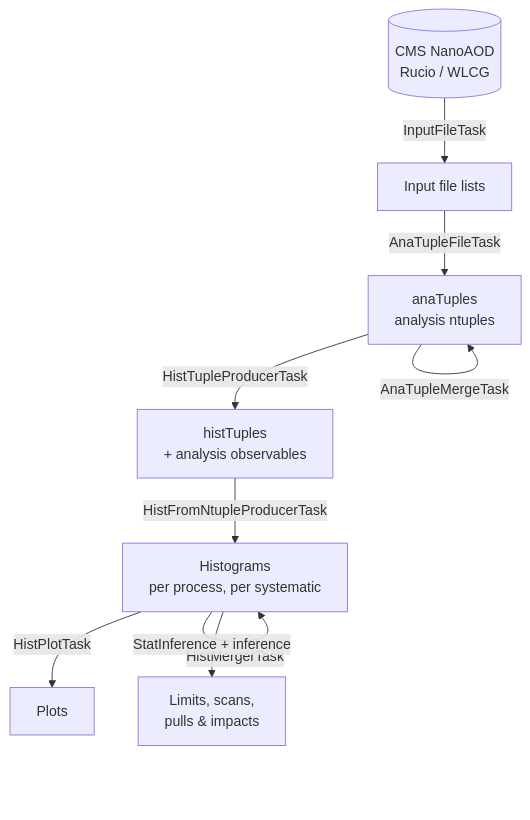
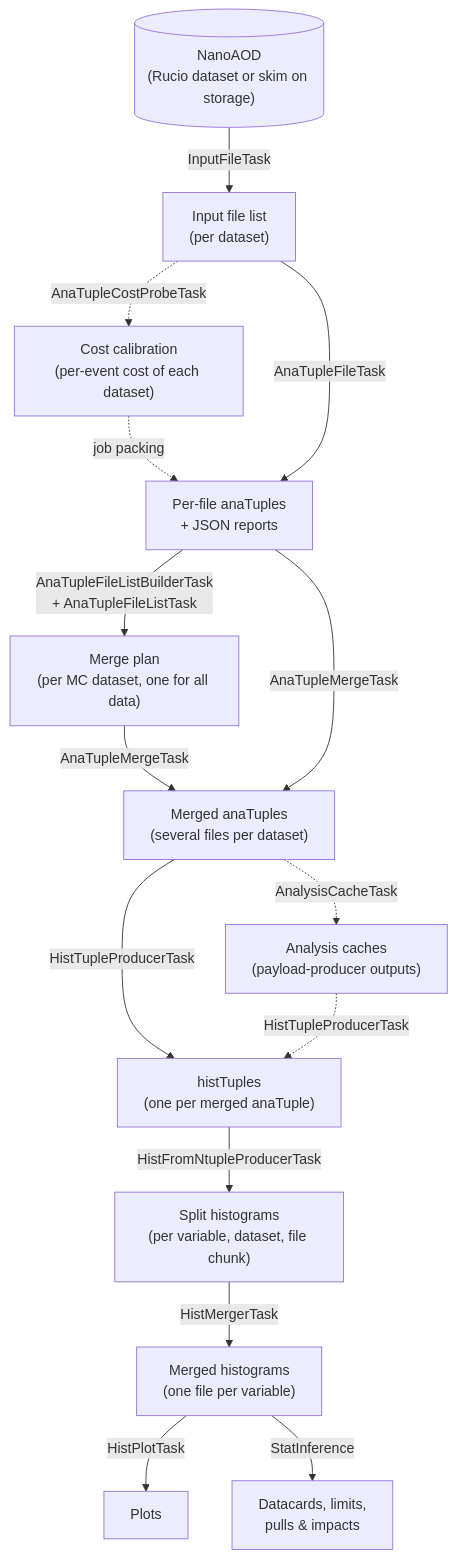
One commit to cms-flaf/FLAF changed the diagram in docs/concepts/data-flow.md. Above: the diagram before and after it, drawn with Mermaid. The commit also changed other lines of this file and 29 other files, not shown here.

Commit message:
Fix the C++ formatting check and bring the docs in line with the code, with legible and new mermaid diagrams (#327)

````diff
--- a/docs/concepts/data-flow.md
+++ b/docs/concepts/data-flow.md
@@ -9,19 +13,30 @@
 ```mermaid
 flowchart TD
-    NANO[(CMS NanoAOD<br/>Rucio / WLCG)]
-    LIST[Input file lists]
-    ANA[anaTuples<br/>analysis ntuples]
-    HTUP[histTuples<br/>+ analysis observables]
-    HIST[Histograms<br/>per process, per systematic]
+    NANO[("NanoAOD<br/>(Rucio dataset or skim on storage)")]
+    LIST["Input file list<br/>(per dataset)"]
+    COST["Cost calibration<br/>(per-event cost of each dataset)"]
+    SPLIT["Per-file anaTuples<br/>+ JSON reports"]
+    PLAN["Merge plan<br/>(per MC dataset, one for all data)"]
+    ANA["Merged anaTuples<br/>(several files per dataset)"]
+    CACHE["Analysis caches<br/>(payload-producer outputs)"]
+    HTUP["histTuples<br/>(one per merged anaTuple)"]
+    HSPLIT["Split histograms<br/>(per variable, dataset, file chunk)"]
+    HIST["Merged histograms<br/>(one file per variable)"]
     PLOT[Plots]
-    STAT[Limits, scans,<br/>pulls & impacts]
+    STAT["Datacards, limits,<br/>pulls & impacts"]
 
     NANO -->|InputFileTask| LIST
-    LIST -->|AnaTupleFileTask| ANA
-    ANA -->|AnaTupleMergeTask| ANA
+    LIST -.->|AnaTupleCostProbeTask| COST
+    COST -.->|job packing| SPLIT
+    LIST -->|AnaTupleFileTask| SPLIT
+    SPLIT -->|"AnaTupleFileListBuilderTask<br/>+ AnaTupleFileListTask"| PLAN
+    PLAN -->|AnaTupleMergeTask| ANA
+    SPLIT -->|AnaTupleMergeTask| ANA
+    ANA -.->|AnalysisCacheTask| CACHE
     ANA -->|HistTupleProducerTask| HTUP
-    HTUP -->|HistFromNtupleProducerTask| HIST
-    HIST -->|HistMergerTask| HIST
+    CACHE -.->|HistTupleProducerTask| HTUP
+    HTUP -->|HistFromNtupleProducerTask| HSPLIT
+    HSPLIT -->|HistMergerTask| HIST
     HIST -->|HistPlotTask| PLOT
-    HIST -->|StatInference + inference| STAT
+    HIST -->|StatInference| STAT
 ```
````
